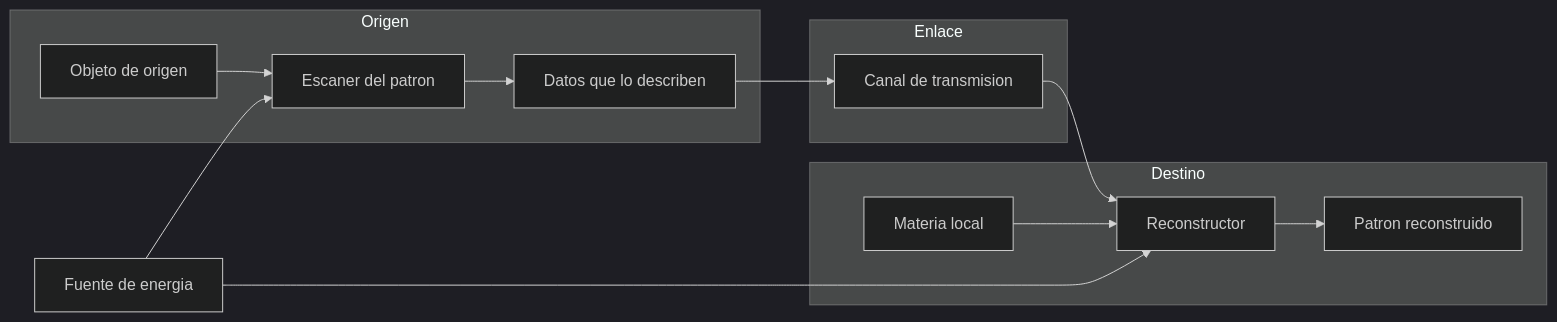
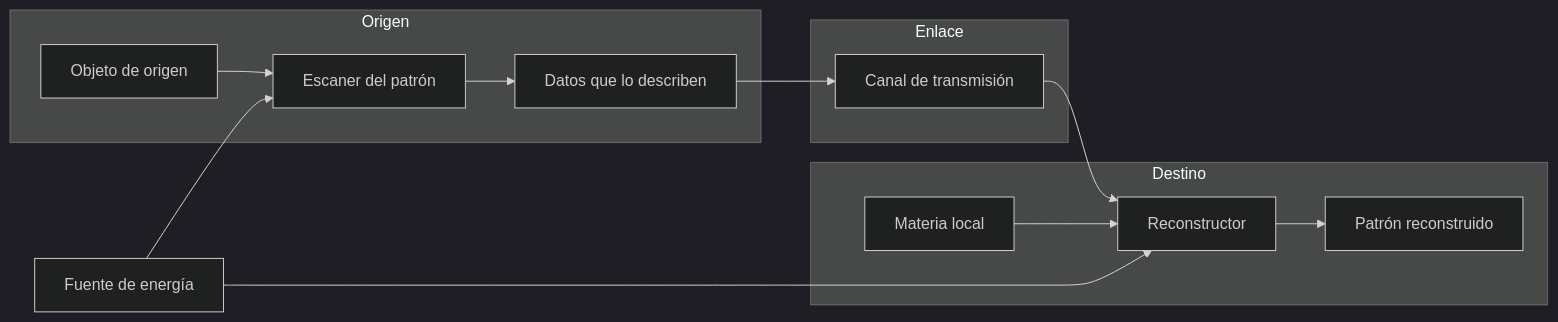
The first of 3 diagrams in vehiculos-fantasticos/teletransportador/operacion/sistemas-mecanicos-teletransportador.md (vladimiracunadev-create/machine-operator-program), drawn with Mermaid (dark theme) before and after one commit. The commit also changed other lines of this file and 442 other files, not shown here.

````diff
--- a/vehiculos-fantasticos/teletransportador/operacion/sistemas-mecanicos-teletransportador.md
+++ b/vehiculos-fantasticos/teletransportador/operacion/sistemas-mecanicos-teletransportador.md
@@ -12,17 +12,17 @@
 ```mermaid
 flowchart LR
     subgraph Origen
-        Obj[Objeto de origen] --> Esc[Escaner del patron]
+        Obj[Objeto de origen] --> Esc[Escaner del patrón]
         Esc --> Dat[Datos que lo describen]
     end
     subgraph Enlace
-        Dat --> Can[Canal de transmision]
+        Dat --> Can[Canal de transmisión]
     end
     subgraph Destino
         Can --> Rec[Reconstructor]
         Mat[Materia local] --> Rec
-        Rec --> Res[Patron reconstruido]
+        Rec --> Res[Patrón reconstruido]
     end
-    Ene[Fuente de energia] --> Esc
+    Ene[Fuente de energía] --> Esc
     Ene --> Rec
 ```
````
